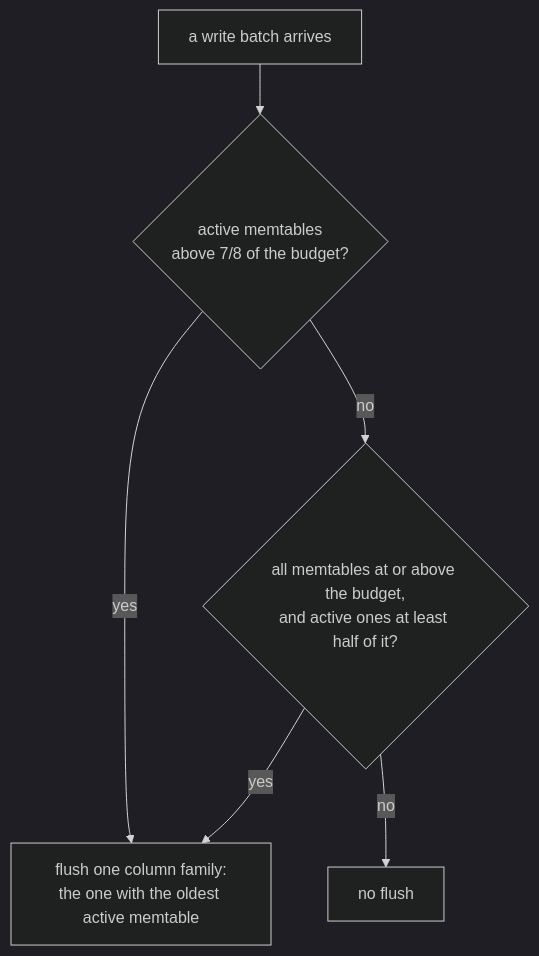
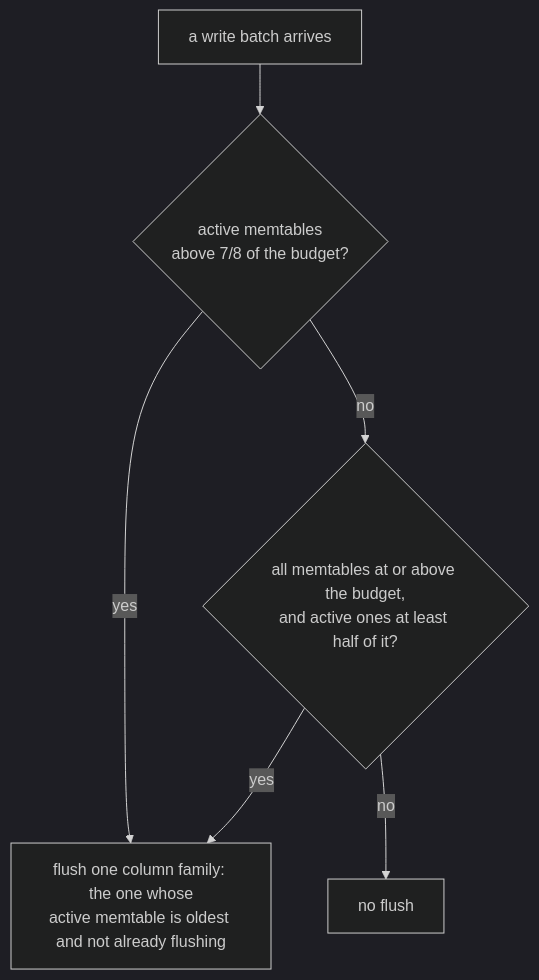
Diagram 15 of 20 in _posts/2026-10-21-ceph-memory-management.md (ming1/ming1.github.io), drawn with Mermaid (dark theme) before and after one commit. The commit also changed other lines of this file and 1 other file, not shown here.

````diff
--- a/_posts/2026-10-21-ceph-memory-management.md
+++ b/_posts/2026-10-21-ceph-memory-management.md
@@ -1687,8 +1689,8 @@
 ```mermaid
 flowchart TD
     A["a write batch arrives"] --> B{"active memtables<br/>above 7/8 of the budget?"}
-    B -->|yes| F["flush one column family:<br/>the one with the oldest active memtable"]
+    B -->|yes| F["flush one column family: the one whose<br/>active memtable is oldest and not already flushing"]
     B -->|no| C{"all memtables at or above the budget,<br/>and active ones at least half of it?"}
     C -->|yes| F
     C -->|no| N["no flush"]
 ```
````
